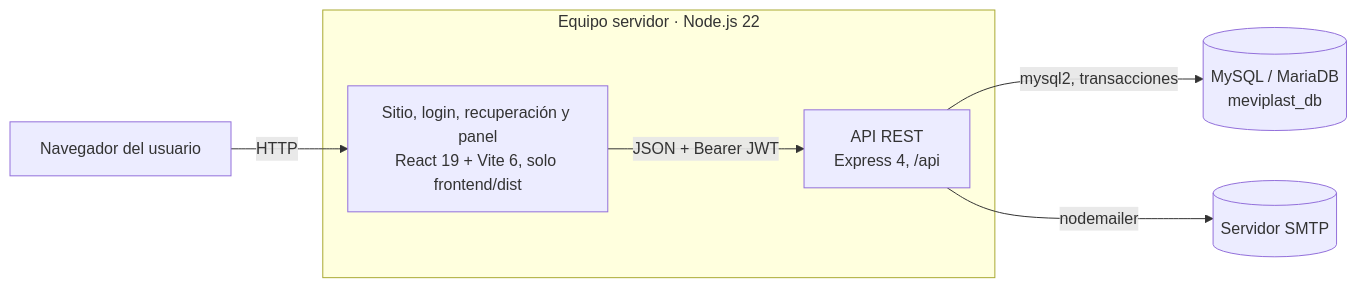
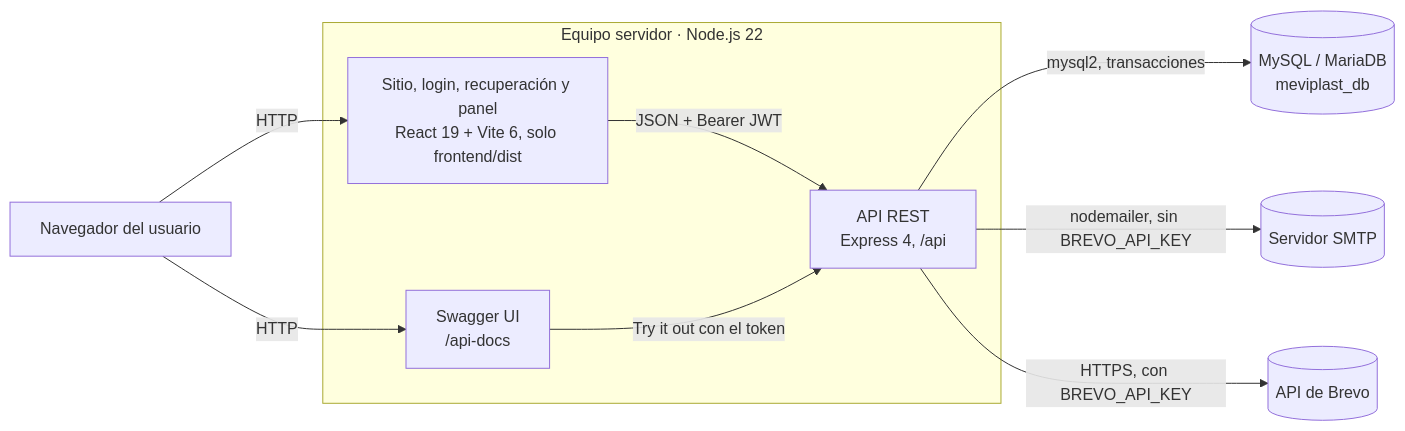
One commit to Pafuna08/MEVIPLAST-NODEJS changed the second of 5 diagrams in docs/architecture/diagramas.md. Above: the diagram before and after it, drawn with Mermaid. The commit also changed other lines of this file and 10 other files, not shown here.

````diff
--- a/docs/architecture/diagramas.md
+++ b/docs/architecture/diagramas.md
@@ -24,14 +26,19 @@
 ```mermaid
 flowchart LR
   NAV[Navegador del usuario]
   subgraph SRV[Equipo servidor · Node.js 22]
     SPA[Sitio, login, recuperación y panel<br/>React 19 + Vite 6, solo frontend/dist]
     API[API REST<br/>Express 4, /api]
+    DOCS[Swagger UI<br/>/api-docs]
   end
   DB[(MySQL / MariaDB<br/>meviplast_db)]
   SMTP[(Servidor SMTP)]
+  BREVO[(API de Brevo)]
   NAV -->|HTTP| SPA
+  NAV -->|HTTP| DOCS
   SPA -->|JSON + Bearer JWT| API
+  DOCS -->|Try it out con el token| API
   API -->|mysql2, transacciones| DB
-  API -->|nodemailer| SMTP
+  API -->|nodemailer, sin BREVO_API_KEY| SMTP
+  API -->|HTTPS, con BREVO_API_KEY| BREVO
 ```
````
